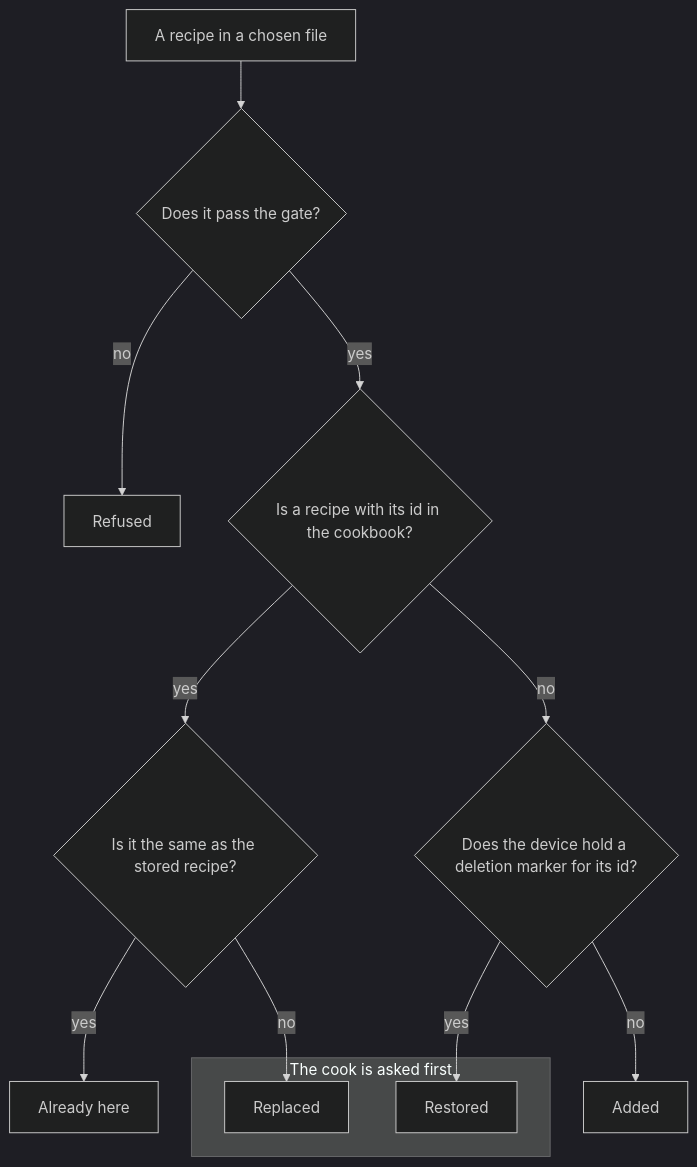
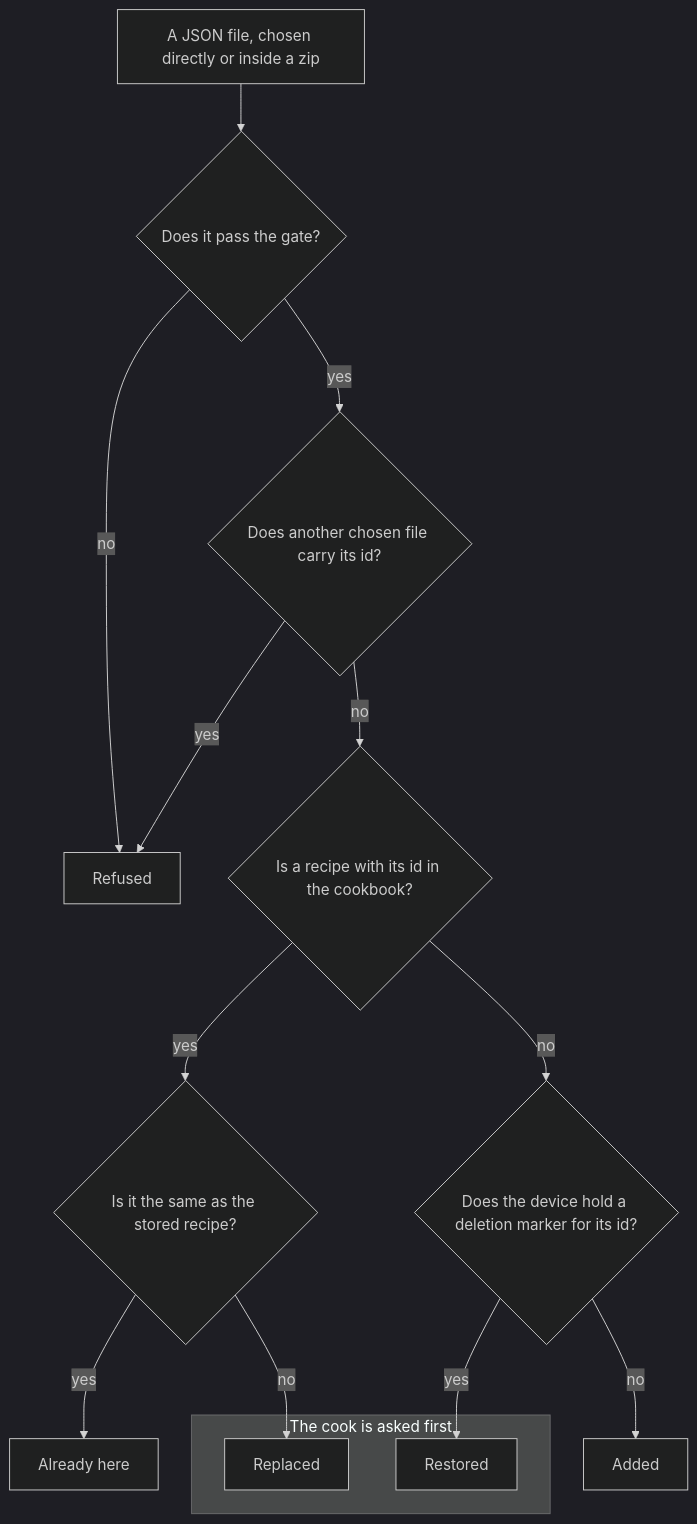
Before and after one commit to sebbogle/rosa: the diagram in docs/architecture/export-and-import.md, drawn with Mermaid (dark theme). The commit also changed other lines of this file and 2 other files, not shown here.

Commit message:
Correct the recipe shape, import refusals and the deletion marker
Show the recipe's real keys and both ids in the shape diagram, list
every way an imported file is refused and what the gate checks and
tidies, and say that a deletion marker makes import ask rather than
restore.

````diff
--- a/docs/architecture/export-and-import.md
+++ b/docs/architecture/export-and-import.md
@@ -21,26 +21,29 @@
 ```mermaid
 flowchart TD
-    recipe[A recipe in a chosen file]
+    file[A JSON file, chosen directly or inside a zip]
     gate{Does it pass the gate?}
+    twice{Does another chosen file carry its id?}
     held{Is a recipe with its id in the cookbook?}
     same{Is it the same as the stored recipe?}
     marker{Does the device hold a deletion marker for its id?}
     refused[Refused]
     here[Already here]
     added[Added]
 
     subgraph asked[The cook is asked first]
         replaced[Replaced]
         restored[Restored]
     end
 
-    recipe --> gate
+    file --> gate
     gate -- no --> refused
-    gate -- yes --> held
+    gate -- yes --> twice
+    twice -- yes --> refused
+    twice -- no --> held
     held -- yes --> same
     held -- no --> marker
     same -- yes --> here
     same -- no --> replaced
     marker -- yes --> restored
     marker -- no --> added
 ```
````
